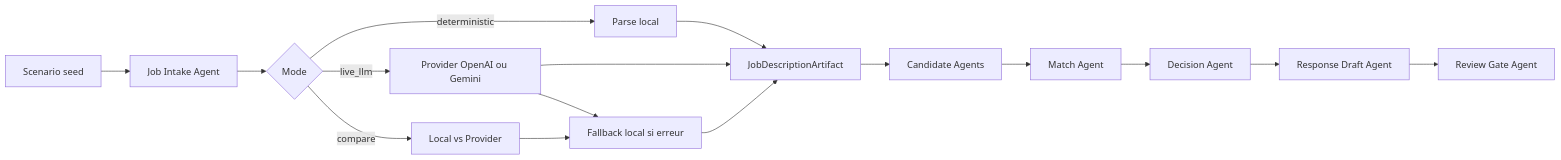
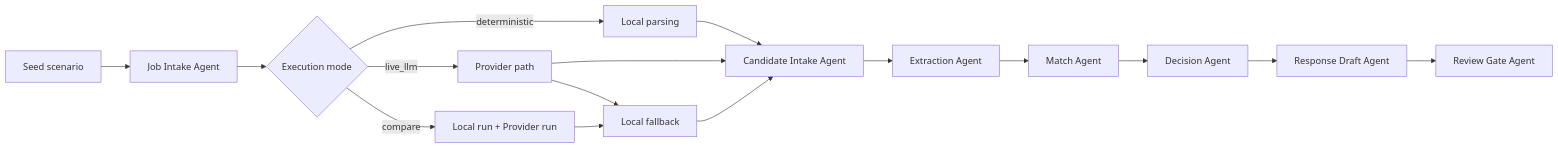
One commit to lewenbach228/MAS---Agent-Assistant-Recrutement changed the diagram in README.md. Above: the diagram before and after it, drawn with Mermaid. The commit also changed other lines of this file and 27 other files, not shown here.

````diff
--- a/README.md
+++ b/README.md
@@ -124,18 +24,18 @@
 ```mermaid
 flowchart LR
-    A[Scenario seed] --> B[Job Intake Agent]
-    B --> C{Mode}
-    C -->|deterministic| D[Parse local]
-    C -->|live_llm| E[Provider OpenAI ou Gemini]
-    C -->|compare| F[Local vs Provider]
-    E --> G[Fallback local si erreur]
-    F --> G
-    D --> H[JobDescriptionArtifact]
-    E --> H
-    G --> H
-    H --> I[Candidate Agents]
-    I --> J[Match Agent]
-    J --> K[Decision Agent]
-    K --> L[Response Draft Agent]
-    L --> M[Review Gate Agent]
+  A[Seed scenario] --> B[Job Intake Agent]
+  B --> C{Execution mode}
+  C -->|deterministic| D[Local parsing]
+  C -->|live_llm| E[Provider path]
+  C -->|compare| F[Local run + Provider run]
+  E --> G[Local fallback]
+  F --> G
+  D --> H[Candidate Intake Agent]
+  E --> H
+  G --> H
+  H --> I[Extraction Agent]
+  I --> J[Match Agent]
+  J --> K[Decision Agent]
+  K --> L[Response Draft Agent]
+  L --> M[Review Gate Agent]
 ```
````
